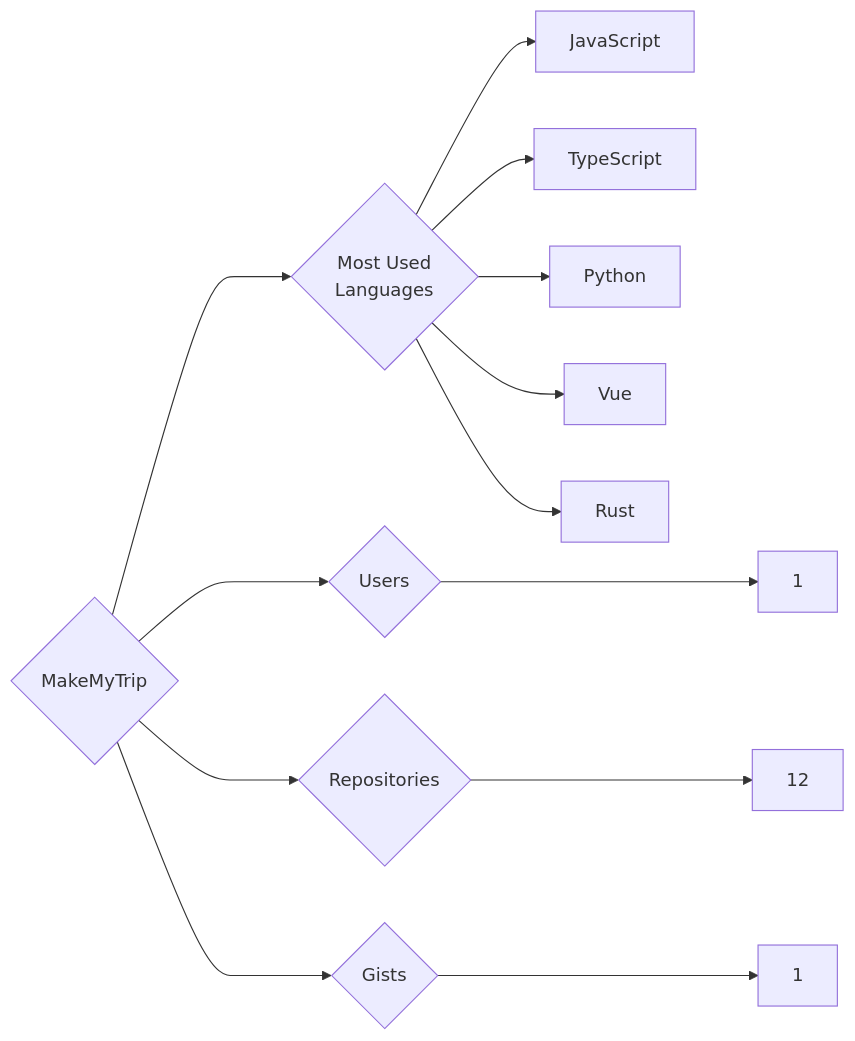
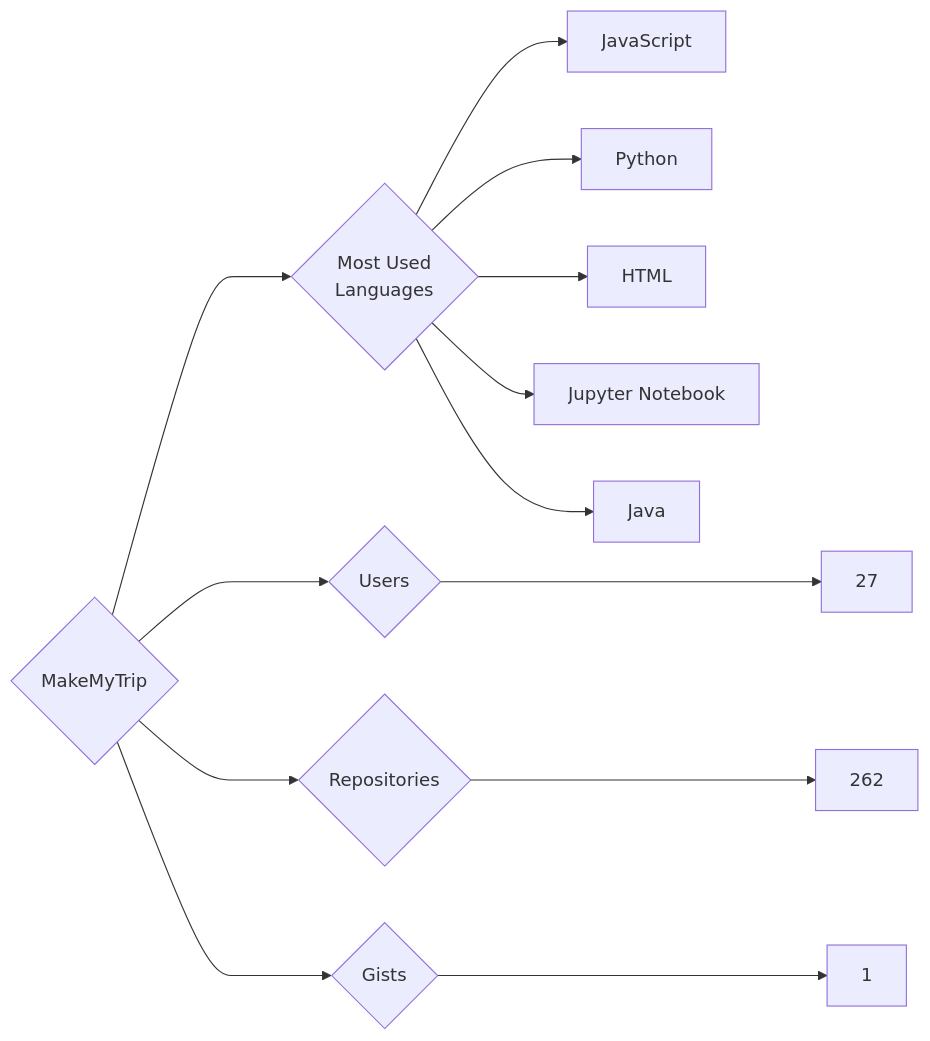
The diagram in targets/MakeMyTrip/README.md (trickest/insiders), drawn with Mermaid before and after one commit. The commit also changed 927 other files, not shown here.

````diff
--- a/targets/MakeMyTrip/README.md
+++ b/targets/MakeMyTrip/README.md
@@ -3,13 +3,13 @@
 ```mermaid
 graph LR
 COMPANY_NAME{MakeMyTrip}
-COMPANY_NAME ---> U{Users} ---> UN[1]
-COMPANY_NAME ---> R{Repositories} ---> RN[12]
+COMPANY_NAME ---> U{Users} ---> UN[27]
+COMPANY_NAME ---> R{Repositories} ---> RN[262]
 COMPANY_NAME ---> G{Gists} ---> GN[1]
 COMPANY_NAME ---> ML{Most Used<br>Languages}
 ML --> JavaScript[JavaScript]
-ML --> TypeScript[TypeScript]
 ML --> Python[Python]
-ML --> Vue[Vue]
-ML --> Rust[Rust]
+ML --> HTML[HTML]
+ML --> Jupyter_Notebook[Jupyter Notebook]
+ML --> Java[Java]
 ```
````
